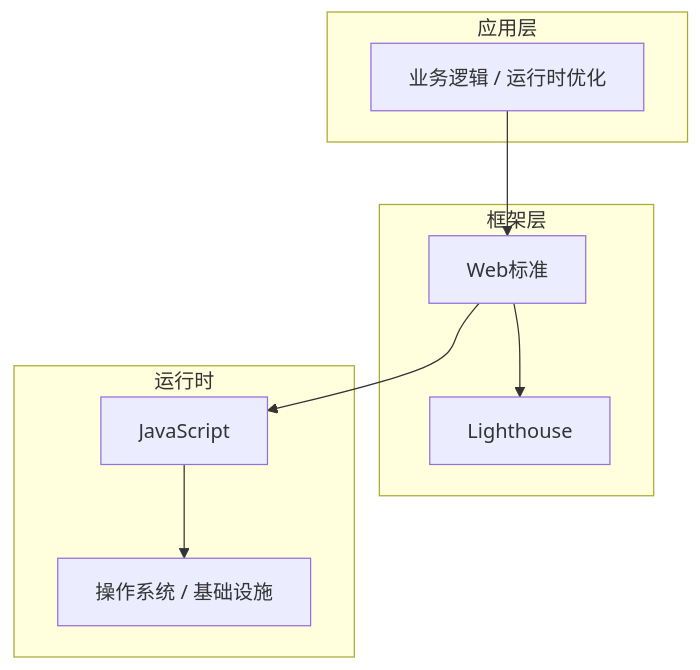
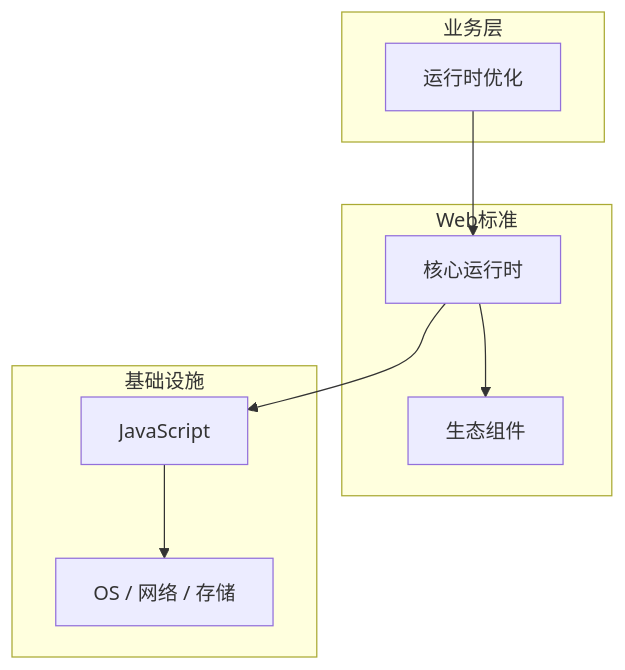
One commit to yanggan2015/knowledge-json-v2 changed the diagram in articles/Web性能优化/chapters/073-运行时优化核心概念与原理.md. Above: the diagram before and after it, drawn with Mermaid. The commit also changed other lines of this file and 10127 other files, not shown here.

````diff
--- a/articles/Web性能优化/chapters/073-运行时优化核心概念与原理.md
+++ b/articles/Web性能优化/chapters/073-运行时优化核心概念与原理.md
@@ -45,18 +34,18 @@
 ```mermaid
 graph TB
-    subgraph 应用层
-        A[业务逻辑 / 运行时优化]
+    subgraph 业务层
+        A[运行时优化]
     end
-    subgraph 框架层
-        B[Web标准]
-        C[Lighthouse]
+    subgraph Web标准
+        B[核心运行时]
+        C[生态组件]
     end
-    subgraph 运行时
+    subgraph 基础设施
         D[JavaScript]
-        E[操作系统 / 基础设施]
+        E[OS / 网络 / 存储]
     end
     A --> B
     B --> C
     B --> D
     D --> E
 ```
````
